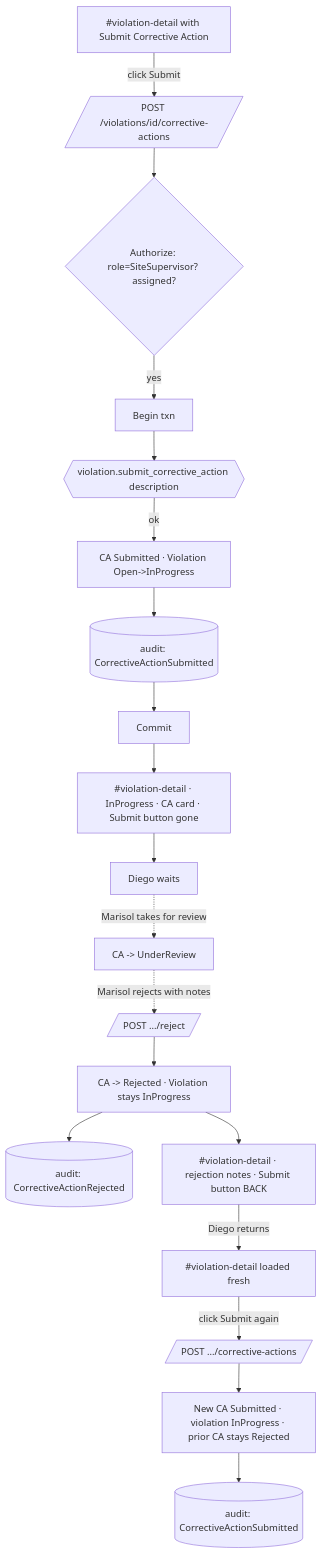
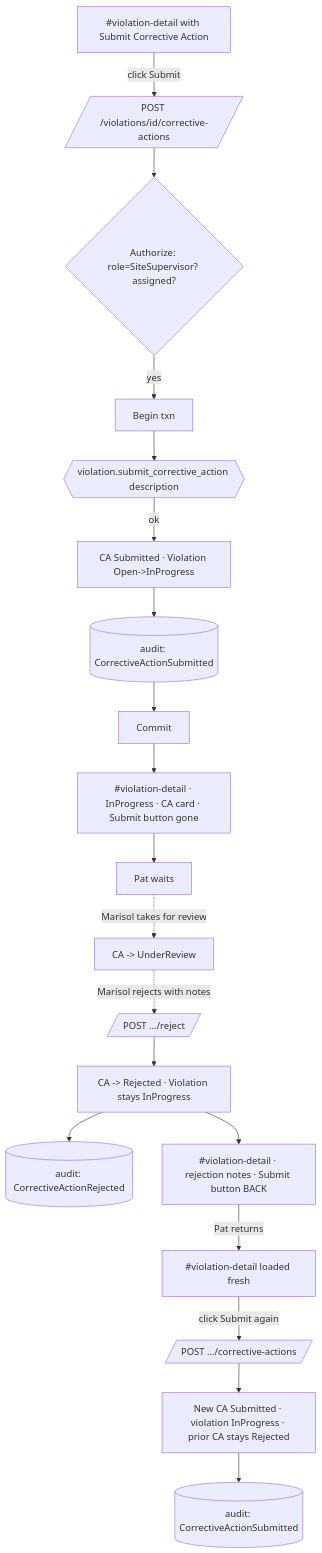
One commit to code-chimp/fieldmark changed the second of 4 diagrams in _bmad-output/planning-artifacts/ux-design-specification.md. Above: the diagram before and after it, drawn with Mermaid. The commit also changed other lines of this file and 101 other files, not shown here.

````diff
--- a/_bmad-output/planning-artifacts/ux-design-specification.md
+++ b/_bmad-output/planning-artifacts/ux-design-specification.md
@@ -704,21 +704,21 @@
 ```mermaid
 flowchart TD
   A[#violation-detail with Submit Corrective Action] -->|click Submit| B[/POST /violations/id/corrective-actions/]
   B --> C{Authorize: role=SiteSupervisor? assigned?}
   C -->|yes| D[Begin txn]
   D --> E{{violation.submit_corrective_action description}}
   E -->|ok| F[CA Submitted · Violation Open->InProgress]
   F --> N1[(audit: CorrectiveActionSubmitted)]
   N1 --> G[Commit]
   G --> H[#violation-detail · InProgress · CA card · Submit button gone]
-  H --> WAIT[Diego waits]
+  H --> WAIT[Pat waits]
   WAIT -. Marisol takes for review .-> J[CA -> UnderReview]
   J -. Marisol rejects with notes .-> K[/POST .../reject/]
   K --> L[CA -> Rejected · Violation stays InProgress]
   L --> N2[(audit: CorrectiveActionRejected)]
   L --> M[#violation-detail · rejection notes · Submit button BACK]
-  M -->|Diego returns| RETURN[#violation-detail loaded fresh]
+  M -->|Pat returns| RETURN[#violation-detail loaded fresh]
   RETURN -->|click Submit again| B2[/POST .../corrective-actions/]
   B2 --> CYCLE[New CA Submitted · violation InProgress · prior CA stays Rejected]
   CYCLE --> N3[(audit: CorrectiveActionSubmitted)]
 ```
````
